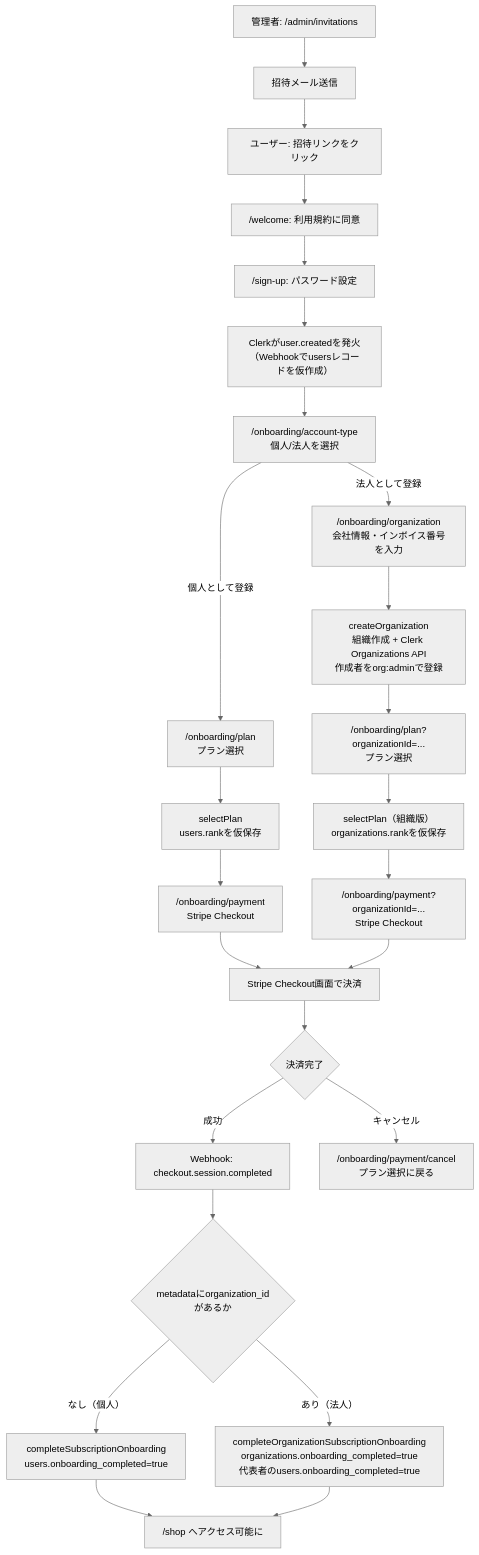
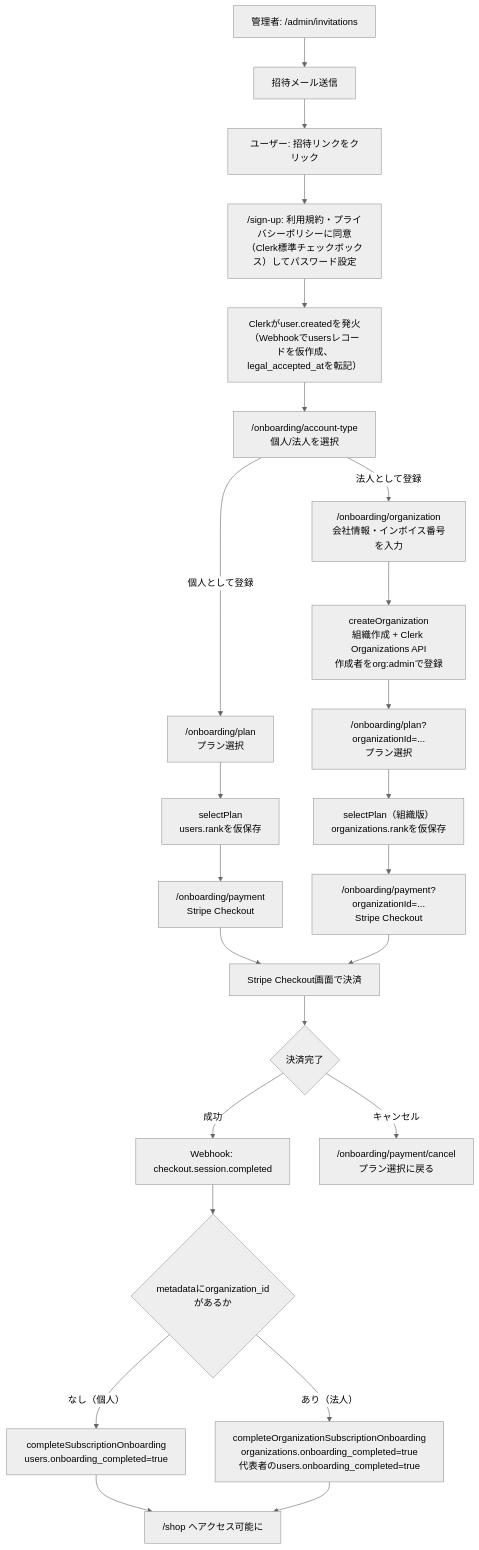
Before and after one commit to wknd-studio/brand-closed-ec: the first of 6 diagrams in docs/signup-flow.md, drawn with Mermaid (neutral theme). The commit also changed other lines of this file and 19 other files, not shown here.

````diff
--- a/docs/signup-flow.md
+++ b/docs/signup-flow.md
@@ -17,32 +18,31 @@
 ```mermaid
 flowchart TD
     A["管理者: /admin/invitations"] --> B["招待メール送信"]
     B --> C["ユーザー: 招待リンクをクリック"]
-    C --> D["/welcome: 利用規約に同意"]
-    D --> E["/sign-up: パスワード設定"]
-    E --> F["Clerkがuser.createdを発火\n（Webhookでusersレコードを仮作成）"]
+    C --> E["/sign-up: 利用規約・プライバシーポリシーに同意\n（Clerk標準チェックボックス）してパスワード設定"]
+    E --> F["Clerkがuser.createdを発火\n（Webhookでusersレコードを仮作成、legal_accepted_atを転記）"]
     F --> G["/onboarding/account-type\n個人/法人を選択"]
 
     G -- 個人として登録 --> H["/onboarding/plan\nプラン選択"]
     H --> I["selectPlan\nusers.rankを仮保存"]
     I --> J["/onboarding/payment\nStripe Checkout"]
 
     G -- 法人として登録 --> K["/onboarding/organization\n会社情報・インボイス番号を入力"]
     K --> L["createOrganization\n組織作成 + Clerk Organizations API\n作成者をorg:adminで登録"]
     L --> M["/onboarding/plan?organizationId=...\nプラン選択"]
     M --> N["selectPlan（組織版）\norganizations.rankを仮保存"]
     N --> O["/onboarding/payment?organizationId=...\nStripe Checkout"]
 
     J --> P["Stripe Checkout画面で決済"]
     O --> P
     P --> Q{"決済完了"}
     Q -- 成功 --> R["Webhook: checkout.session.completed"]
     Q -- キャンセル --> S["/onboarding/payment/cancel\nプラン選択に戻る"]
 
     R --> T{"metadataにorganization_idがあるか"}
     T -- なし（個人） --> U["completeSubscriptionOnboarding\nusers.onboarding_completed=true"]
     T -- あり（法人） --> V["completeOrganizationSubscriptionOnboarding\norganizations.onboarding_completed=true\n代表者のusers.onboarding_completed=true"]
 
     U --> W["/shop へアクセス可能に"]
     V --> W
 ```
````
